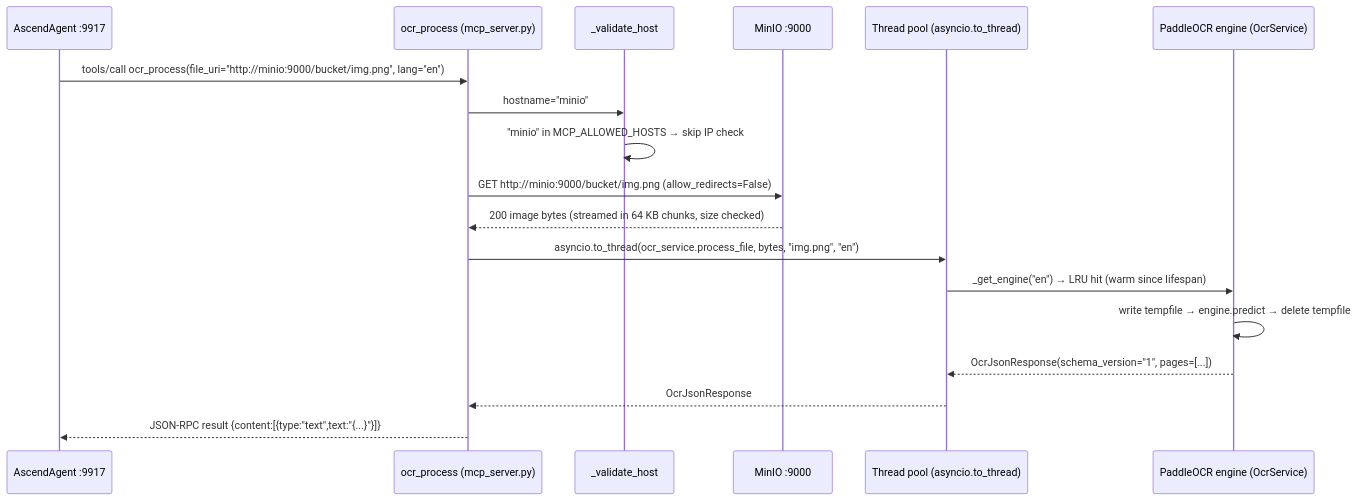
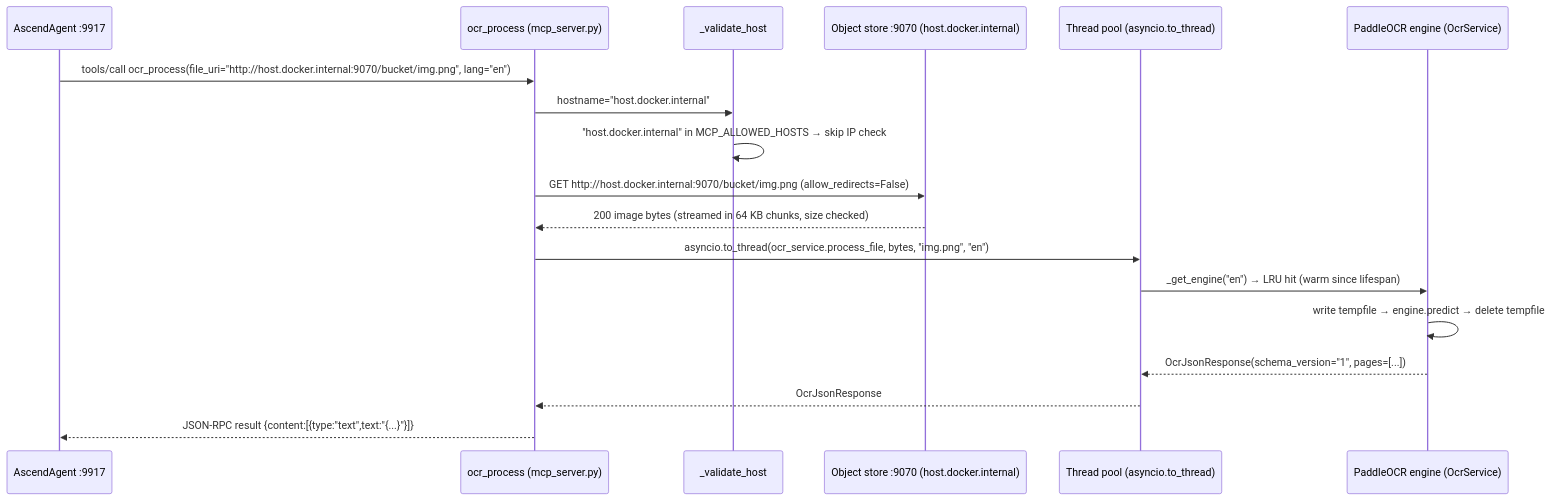
One commit to Lukk17/AscendAI changed the second of 2 diagrams in PaddleOCR/docs/architecture/diagrams/container-diagram.md. Above: the diagram before and after it, drawn with Mermaid. The commit also changed other lines of this file and 207 other files, not shown here.

First line of the commit message:
feat(storage): replace MinIO with Floci as the local object store

````diff
--- a/PaddleOCR/docs/architecture/diagrams/container-diagram.md
+++ b/PaddleOCR/docs/architecture/diagrams/container-diagram.md
@@ -46,24 +47,24 @@
 ```mermaid
 sequenceDiagram
-    accTitle: MCP ocr_process happy path via MinIO
-    accDescr: Shows the full call chain from AscendAgent through the SSRF guard, MinIO download, and OCR engine.
+    accTitle: MCP ocr_process happy path via the S3-compatible object store
+    accDescr: Shows the full call chain from AscendAgent through the SSRF guard, the object-store download, and the OCR engine.
 
     participant Agent as AscendAgent :9917
     participant MCP as ocr_process (mcp_server.py)
     participant Guard as _validate_host
-    participant MinIO as MinIO :9000
+    participant ObjectStore as Object store :9070 (host.docker.internal)
     participant Thread as Thread pool (asyncio.to_thread)
     participant Engine as PaddleOCR engine (OcrService)
 
-    Agent->>MCP: tools/call ocr_process(file_uri="http://minio:9000/bucket/img.png", lang="en")
-    MCP->>Guard: hostname="minio"
-    Guard->>Guard: "minio" in MCP_ALLOWED_HOSTS → skip IP check
-    MCP->>MinIO: GET http://minio:9000/bucket/img.png (allow_redirects=False)
-    MinIO-->>MCP: 200 image bytes (streamed in 64 KB chunks, size checked)
+    Agent->>MCP: tools/call ocr_process(file_uri="http://host.docker.internal:9070/bucket/img.png", lang="en")
+    MCP->>Guard: hostname="host.docker.internal"
+    Guard->>Guard: "host.docker.internal" in MCP_ALLOWED_HOSTS → skip IP check
+    MCP->>ObjectStore: GET http://host.docker.internal:9070/bucket/img.png (allow_redirects=False)
+    ObjectStore-->>MCP: 200 image bytes (streamed in 64 KB chunks, size checked)
     MCP->>Thread: asyncio.to_thread(ocr_service.process_file, bytes, "img.png", "en")
     Thread->>Engine: _get_engine("en") → LRU hit (warm since lifespan)
     Engine->>Engine: write tempfile → engine.predict → delete tempfile
     Engine-->>Thread: OcrJsonResponse(schema_version="1", pages=[...])
     Thread-->>MCP: OcrJsonResponse
     MCP-->>Agent: JSON-RPC result {content:[{type:"text",text:"{...}"}]}
 ```
````
